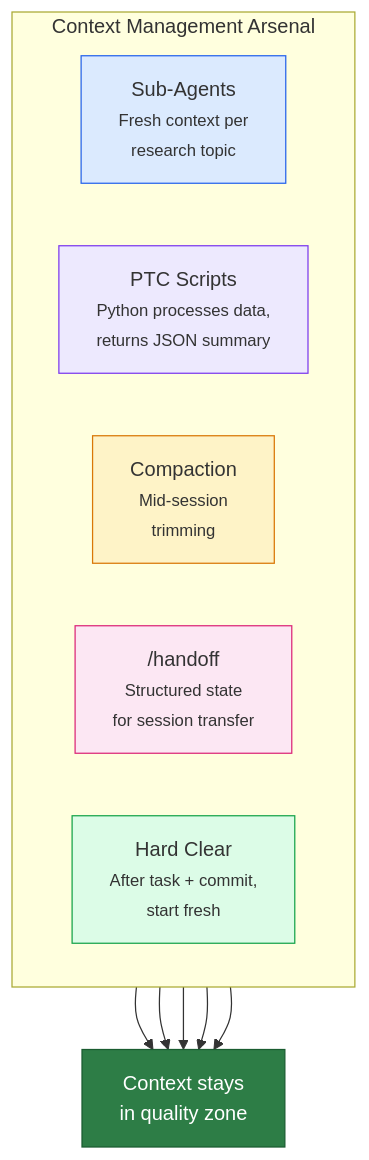
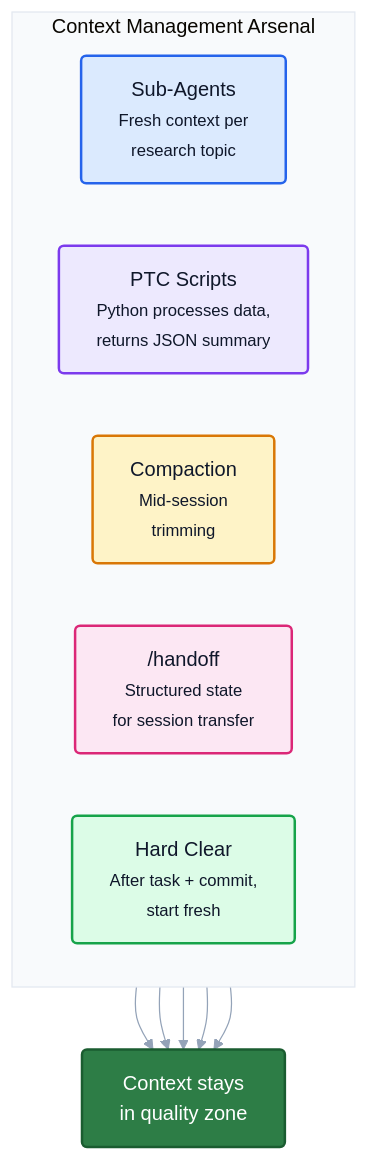
The sixth of 7 diagrams in README.md (emingenc/harness-engineering), drawn with Mermaid before and after one commit. The commit also changed other lines of this file and 15 other files, not shown here.

Commit message:
docs: enhance mermaid diagram contrast and legibility

````diff
--- a/README.md
+++ b/README.md
@@ -223,25 +233,27 @@
 ```mermaid
+%%{init: {"theme": "base", "themeVariables": {"primaryTextColor": "#111827", "clusterTextColor": "#111827", "clusterBkg": "#f8fafc", "clusterBorder": "#e2e8f0", "lineColor": "#94a3b8", "fontFamily": "sans-serif"}}}%%
 graph TB
+    classDef default fill:#ffffff,stroke:#94a3b8,stroke-width:2px,color:#0f172a,rx:4,ry:4;
     subgraph TECHNIQUES["Context Management Arsenal"]
         direction LR
 
         SA["Sub-Agents<br/><small>Fresh context per<br/>research topic</small>"]
         PTC["PTC Scripts<br/><small>Python processes data,<br/>returns JSON summary</small>"]
         COMP["Compaction<br/><small>Mid-session<br/>trimming</small>"]
         HO["/handoff<br/><small>Structured state<br/>for session transfer</small>"]
         HC["Hard Clear<br/><small>After task + commit,<br/>start fresh</small>"]
     end
 
     SA --> RESULT["Context stays<br/>in quality zone"]
     PTC --> RESULT
     COMP --> RESULT
     HO --> RESULT
     HC --> RESULT
 
     style RESULT fill:#2d7d46,stroke:#1a5c30,color:#fff
     style SA fill:#dbeafe,stroke:#2563eb
     style PTC fill:#ede9fe,stroke:#7c3aed
     style COMP fill:#fef3c7,stroke:#d97706
     style HO fill:#fce7f3,stroke:#db2777
     style HC fill:#dcfce7,stroke:#16a34a
 ```
````
